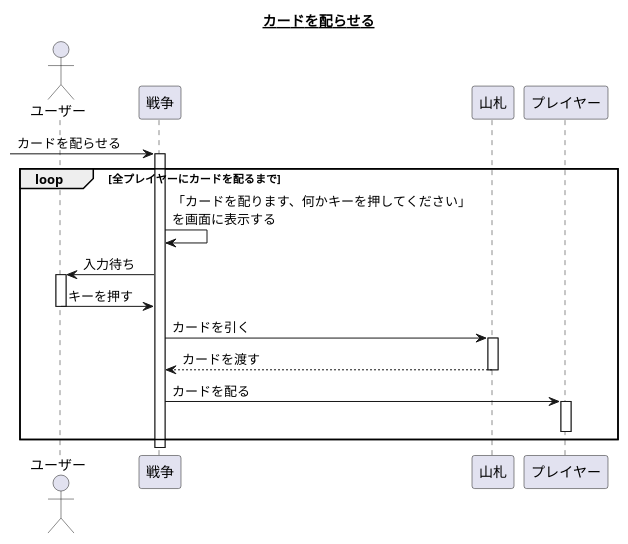
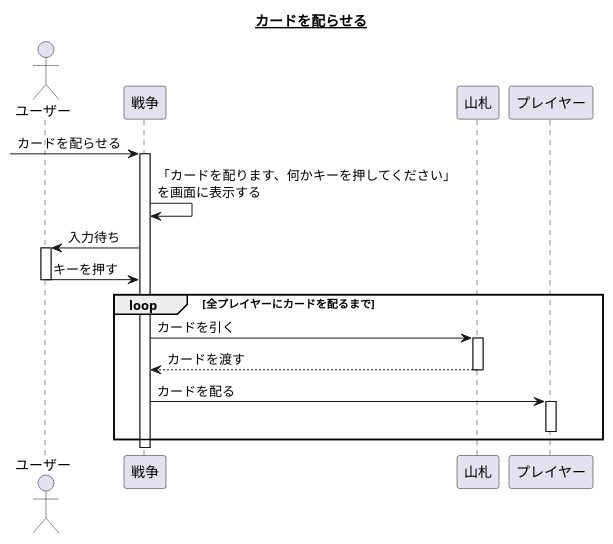
Before and after one commit to hachimitu22/study: the seventh of 10 diagrams in uml/CardGame/doc/design.md, drawn with PlantUML. The commit also changed other lines of this file, not shown here.

Commit message:
クラス図の文言の修正漏れ対応

````diff
--- a/uml/CardGame/doc/design.md
+++ b/uml/CardGame/doc/design.md
@@ -290,28 +290,29 @@
 ```plantuml
 @startuml
 
 title __カードを配らせる__
 
 actor ユーザー
 
 [-> 戦争 : カードを配らせる
 activate 戦争
 
+戦争 -> 戦争 : 「カードを配ります、何かキーを押してください」\nを画面に表示する
+ユーザー <- 戦争 : 入力待ち
+activate ユーザー
+ユーザー -> 戦争 : キーを押す
+deactivate ユーザー
+
 loop 全プレイヤーにカードを配るまで
-  戦争 -> 戦争 : 「カードを配ります、何かキーを押してください」\nを画面に表示する
-  ユーザー <- 戦争 : 入力待ち
-  activate ユーザー
-  ユーザー -> 戦争 : キーを押す
-  deactivate ユーザー
 
   戦争 -> 山札 : カードを引く
   activate 山札
   戦争 <-- 山札 : カードを渡す
   deactivate 山札
   戦争 -> プレイヤー : カードを配る
   activate プレイヤー
   deactivate プレイヤー
 end
 
 @enduml
 ```
````
